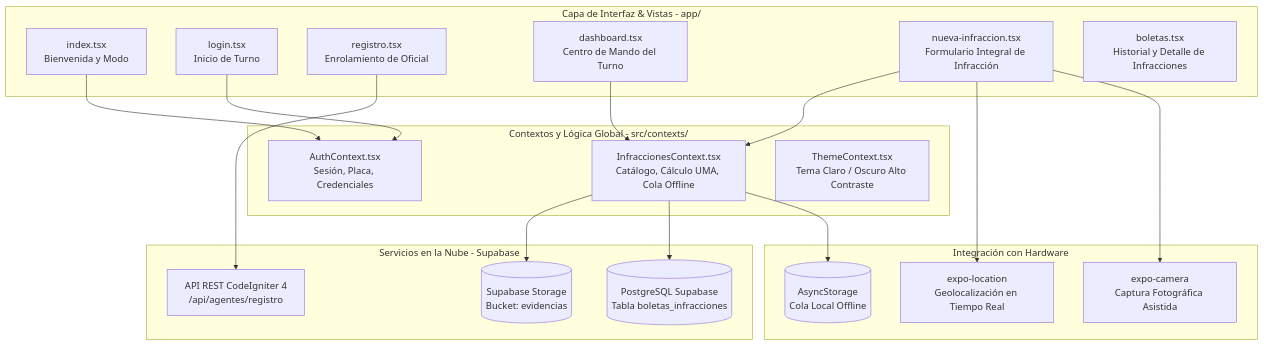
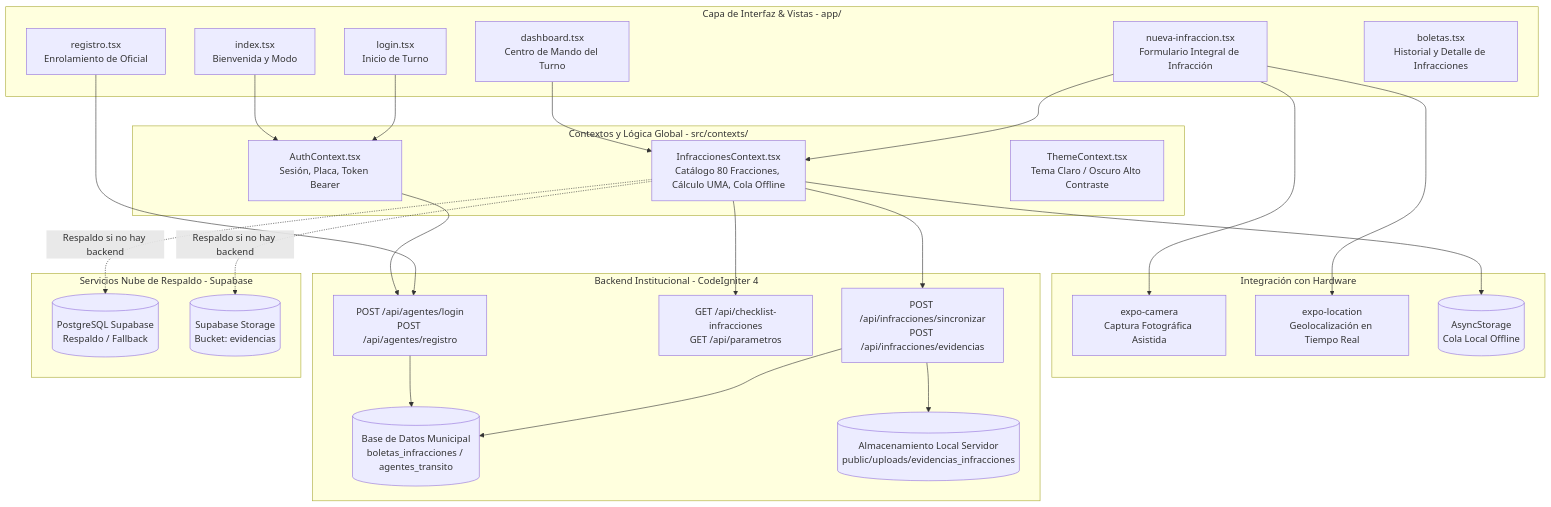
The first of 2 diagrams in DOCUMENTACION_APP_TRANSITO.md (soportealoraapp/App-Residencias-Ventanilla), drawn with Mermaid before and after one commit. The commit also changed other lines of this file and 14 other files, not shown here.

Commit message:
feat(transito): integracion de app movil con backend ci4, catalogo oficial uriangato y sync de boletas

````diff
--- a/DOCUMENTACION_APP_TRANSITO.md
+++ b/DOCUMENTACION_APP_TRANSITO.md
@@ -27,40 +27,53 @@
 ```mermaid
 graph TD
     subgraph CAPA_INTERFAZ_USUARIO [Capa de Interfaz & Vistas - app/]
         IDX[index.tsx\nBienvenida y Modo]
         LOG[login.tsx\nInicio de Turno]
         REG[registro.tsx\nEnrolamiento de Oficial]
         DASH[dashboard.tsx\nCentro de Mando del Turno]
         NUEV[nueva-infraccion.tsx\nFormulario Integral de Infracción]
         BOL[boletas.tsx\nHistorial y Detalle de Infracciones]
     end
 
     subgraph CAPA_ESTADO_GLOBAL [Contextos y Lógica Global - src/contexts/]
-        AUTH_CTX[AuthContext.tsx\nSesión, Placa, Credenciales]
-        INFR_CTX[InfraccionesContext.tsx\nCatálogo, Cálculo UMA, Cola Offline]
+        AUTH_CTX[AuthContext.tsx\nSesión, Placa, Token Bearer]
+        INFR_CTX[InfraccionesContext.tsx\nCatálogo 80 Fracciones, Cálculo UMA, Cola Offline]
         THEM_CTX[ThemeContext.tsx\nTema Claro / Oscuro Alto Contraste]
     end
 
     subgraph HARDWARE_Y_SERVICIOS_DISPOSITIVO [Integración con Hardware]
         CAM[expo-camera\nCaptura Fotográfica Asistida]
         GPS[expo-location\nGeolocalización en Tiempo Real]
         ASYNC[(AsyncStorage\nCola Local Offline)]
     end
 
-    subgraph COMUNICACION_Y_NUBE [Servicios en la Nube - Supabase]
-        SUPA_DB[(PostgreSQL Supabase\nTabla boletas_infracciones)]
+    subgraph BACKEND_MUNICIPAL_CI4 [Backend Institucional - CodeIgniter 4]
+        BACK_AUTH[POST /api/agentes/login\nPOST /api/agentes/registro]
+        BACK_CAT[GET /api/checklist-infracciones\nGET /api/parametros]
+        BACK_SYNC[POST /api/infracciones/sincronizar\nPOST /api/infracciones/evidencias]
+        CI4_DB[(Base de Datos Municipal\nboletas_infracciones / agentes_transito)]
+        CI4_UPLOADS[(Almacenamiento Local Servidor\npublic/uploads/evidencias_infracciones)]
+    end
+
+    subgraph NUBE_RESPALDO [Servicios Nube de Respaldo - Supabase]
+        SUPA_DB[(PostgreSQL Supabase\nRespaldo / Fallback)]
         SUPA_STG[(Supabase Storage\nBucket: evidencias)]
-        BACK_API[API REST CodeIgniter 4\n/api/agentes/registro]
     end
 
     IDX --> AUTH_CTX
     LOG --> AUTH_CTX
-    REG --> BACK_API
+    AUTH_CTX --> BACK_AUTH
+    REG --> BACK_AUTH
     DASH --> INFR_CTX
     NUEV --> CAM
     NUEV --> GPS
     NUEV --> INFR_CTX
     INFR_CTX --> ASYNC
-    INFR_CTX --> SUPA_DB
-    INFR_CTX --> SUPA_STG
+    INFR_CTX --> BACK_SYNC
+    INFR_CTX --> BACK_CAT
+    BACK_AUTH --> CI4_DB
+    BACK_SYNC --> CI4_DB
+    BACK_SYNC --> CI4_UPLOADS
+    INFR_CTX -.->|Respaldo si no hay backend| SUPA_DB
+    INFR_CTX -.->|Respaldo si no hay backend| SUPA_STG
 ```
````
